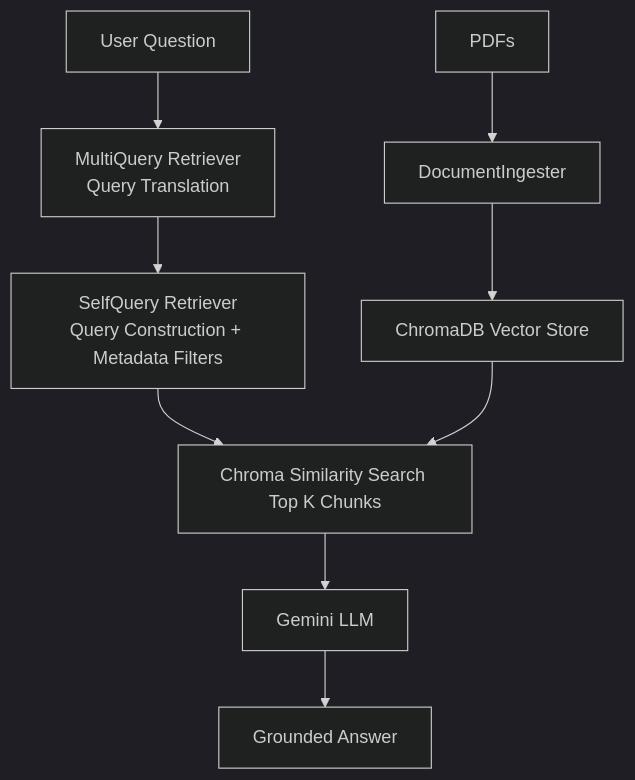
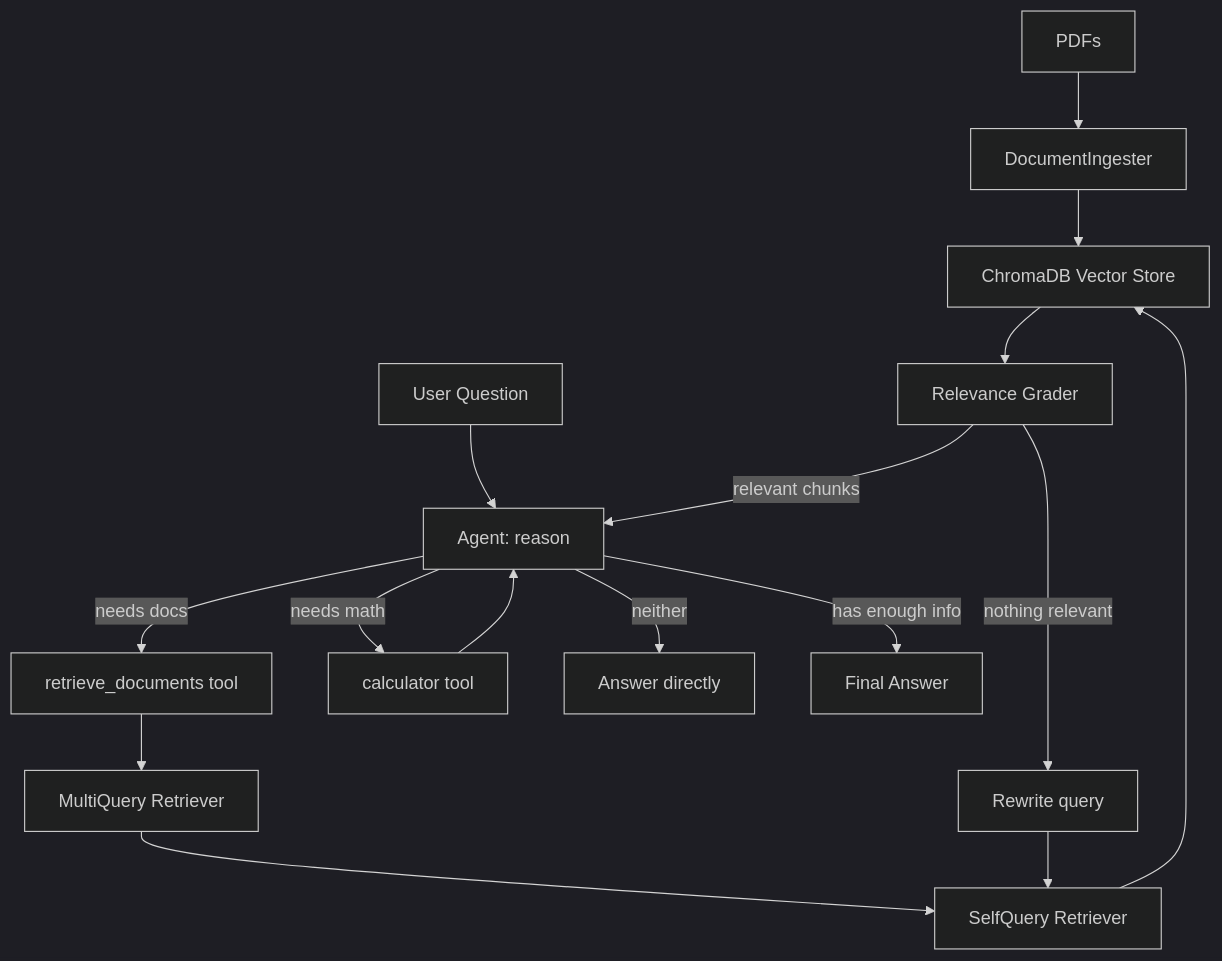
The diagram in README.md (raghava7129/ml_research_rag), drawn with Mermaid (dark theme) before and after one commit. The commit also changed other lines of this file, not shown here.

````diff
--- a/README.md
+++ b/README.md
@@ -11,12 +13,20 @@
 ```mermaid
 flowchart TD
     A[PDFs] --> B[DocumentIngester]
     B --> C[ChromaDB Vector Store]
 
-    Q[User Question] --> M[MultiQuery Retriever<br/>Query Translation]
-    M --> S[SelfQuery Retriever<br/>Query Construction + Metadata Filters]
-    S --> R[Chroma Similarity Search Top K Chunks]
-    C --> R
-    R --> G[Gemini LLM]
-    G --> O[Grounded Answer]
+    U[User Question] --> AG[Agent: reason]
+    AG -->|needs docs| RT[retrieve_documents tool]
+    AG -->|needs math| CT[calculator tool]
+    AG -->|neither| ANS[Answer directly]
+
+    RT --> MQ[MultiQuery Retriever]
+    MQ --> SQ[SelfQuery Retriever]
+    SQ --> C
+    C --> GR[Relevance Grader]
+    GR -->|nothing relevant| RW[Rewrite query] --> SQ
+    GR -->|relevant chunks| AG
+
+    CT --> AG
+    AG -->|has enough info| FA[Final Answer]
 ```
````
